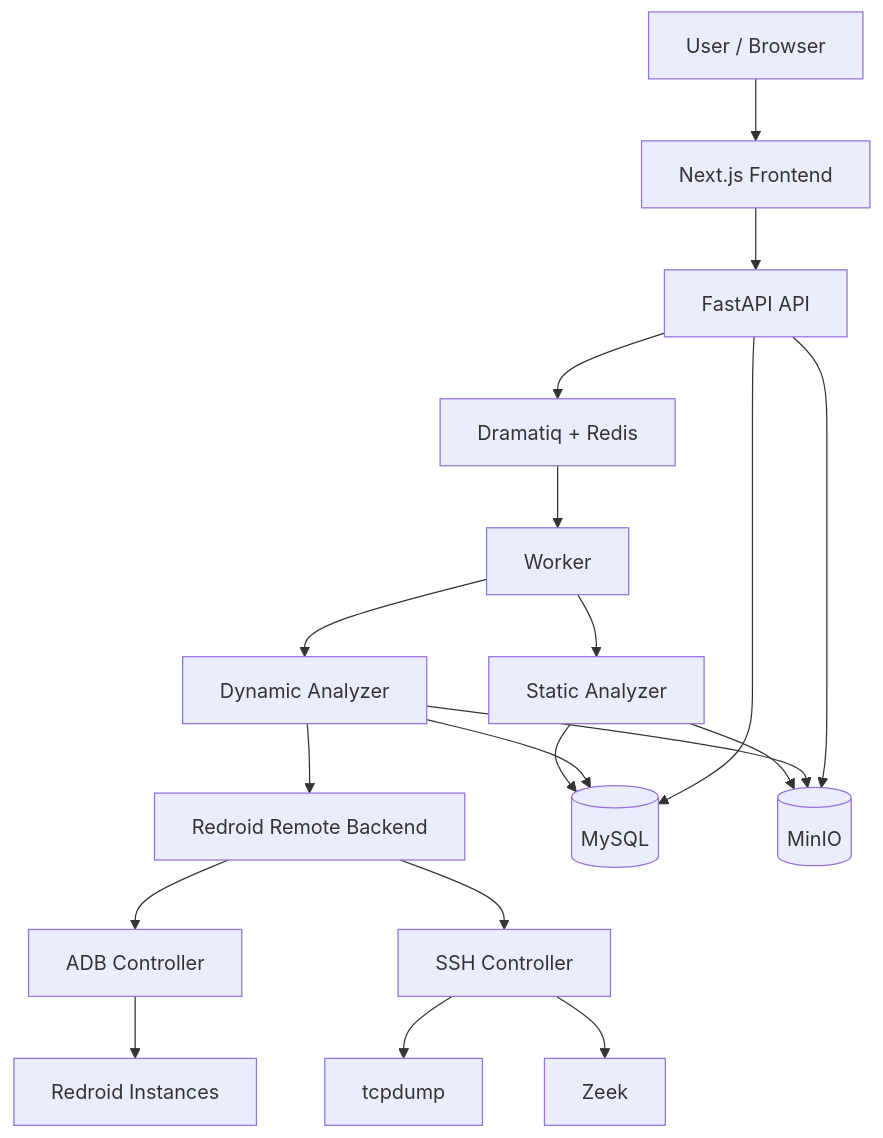
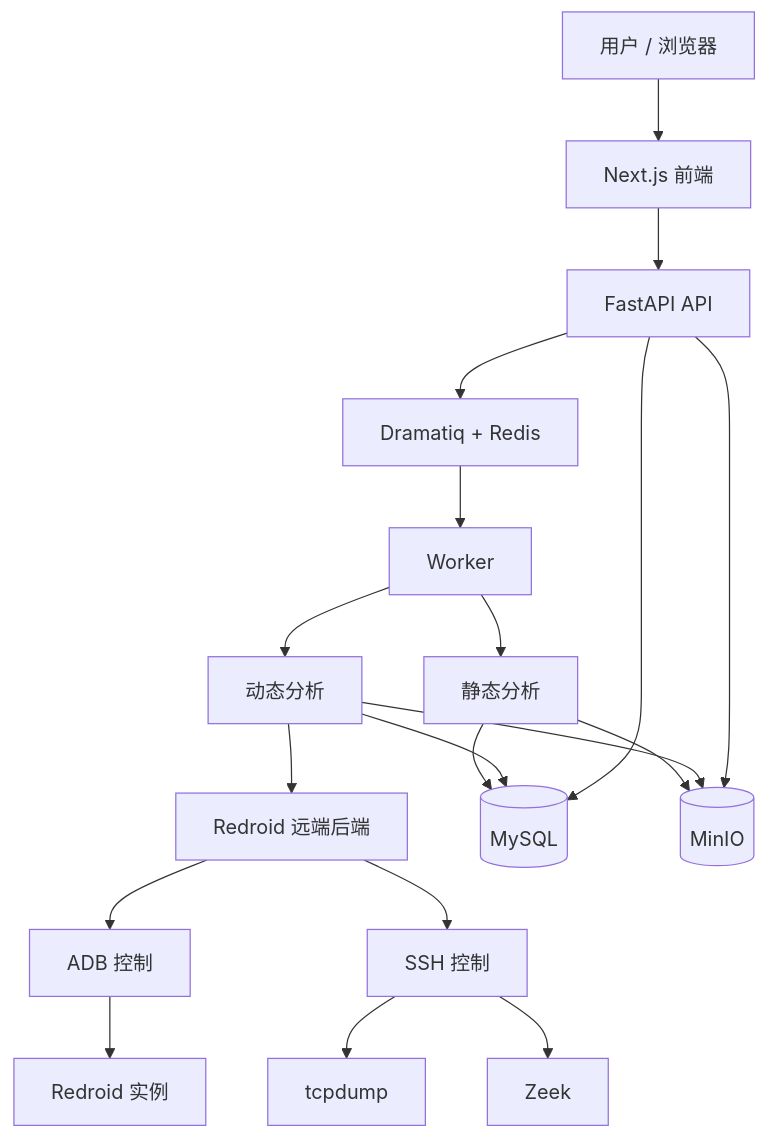
The first of 2 diagrams in README.md (liubowyf/ai-app-analyze), drawn with Mermaid before and after one commit. The commit also changed other lines of this file, not shown here.

````diff
--- a/README.md
+++ b/README.md
@@ -48,25 +48,25 @@
 ```mermaid
 flowchart TD
-    U[User / Browser] --> FE[Next.js Frontend]
+    U[用户 / 浏览器] --> FE[Next.js 前端]
     FE --> API[FastAPI API]
     API --> Q[Dramatiq + Redis]
     Q --> W[Worker]
-    W --> SA[Static Analyzer]
-    W --> DA[Dynamic Analyzer]
+    W --> SA[静态分析]
+    W --> DA[动态分析]
 
-    DA --> RB[Redroid Remote Backend]
-    RB --> ADB[ADB Controller]
-    RB --> SSH[SSH Controller]
+    DA --> RB[Redroid 远端后端]
+    RB --> ADB[ADB 控制]
+    RB --> SSH[SSH 控制]
 
-    ADB --> RR[Redroid Instances]
+    ADB --> RR[Redroid 实例]
     SSH --> TCP[tcpdump]
     SSH --> ZK[Zeek]
 
     SA --> DB[(MySQL)]
     DA --> DB
     SA --> S3[(MinIO)]
     DA --> S3
 
     API --> DB
     API --> S3
 ```
````
